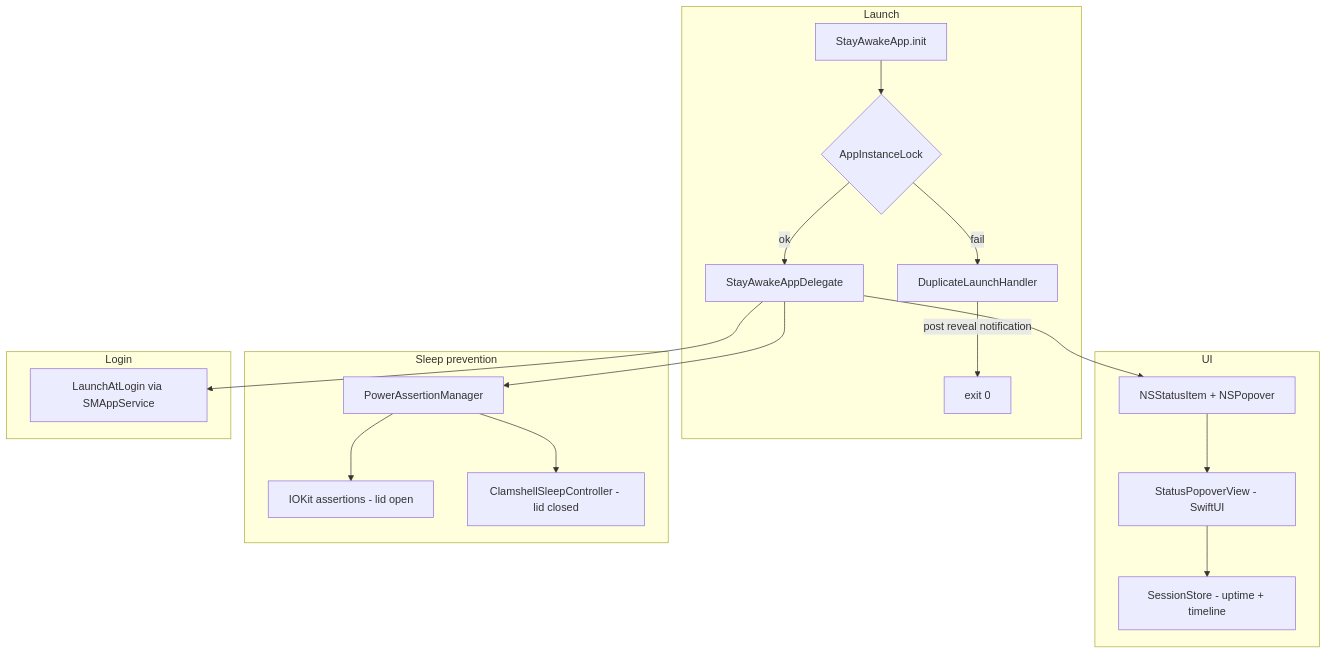
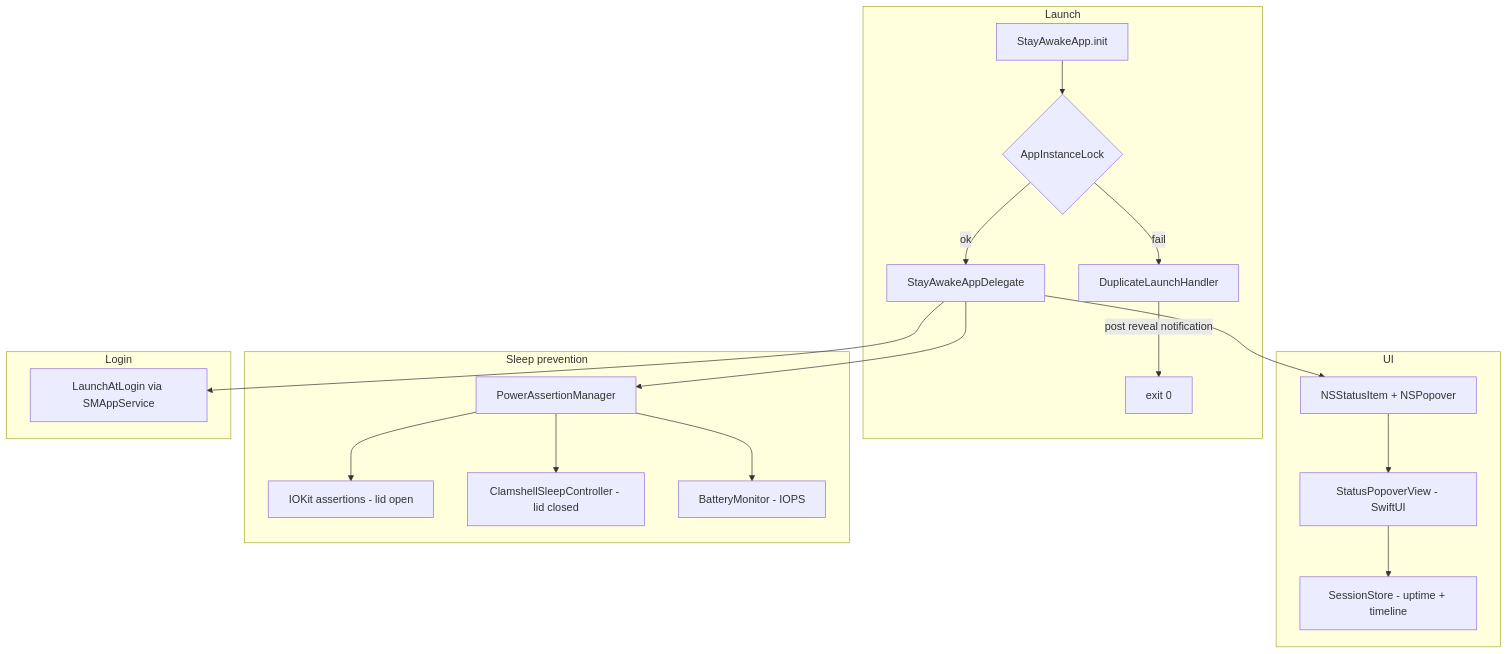
One commit to rmarti55/StayAwake changed the diagram in docs/ARCHITECTURE.md. Above: the diagram before and after it, drawn with Mermaid. The commit also changed other lines of this file and 5 other files, not shown here.

Commit message:
Add battery sleep cutoff feature to PowerAssertionManager and UI. Introduced BatteryMonitor for tracking battery status and thresholds. Updated StatusPopoverView to include battery cutoff settings and status. Enhanced documentation to reflect new battery management functionality.

````diff
--- a/docs/ARCHITECTURE.md
+++ b/docs/ARCHITECTURE.md
@@ -9,22 +9,23 @@
 ```mermaid
 flowchart TB
   subgraph launch [Launch]
     AppInit[StayAwakeApp.init] --> Lock{AppInstanceLock}
     Lock -->|fail| DupHandler[DuplicateLaunchHandler]
     DupHandler -->|post reveal notification| Exit[exit 0]
     Lock -->|ok| Delegate[StayAwakeAppDelegate]
   end
   subgraph ui [UI]
     Delegate --> StatusItem[NSStatusItem + NSPopover]
     StatusItem --> PopoverView[StatusPopoverView - SwiftUI]
     PopoverView --> SessionStore[SessionStore - uptime + timeline]
   end
   subgraph power [Sleep prevention]
     Delegate --> PowerMgr[PowerAssertionManager]
     PowerMgr --> IOKit[IOKit assertions - lid open]
     PowerMgr --> Clamshell[ClamshellSleepController - lid closed]
+    PowerMgr --> BatteryMon[BatteryMonitor - IOPS]
   end
   subgraph login [Login]
     Delegate --> LaunchLogin[LaunchAtLogin via SMAppService]
   end
 ```
````
